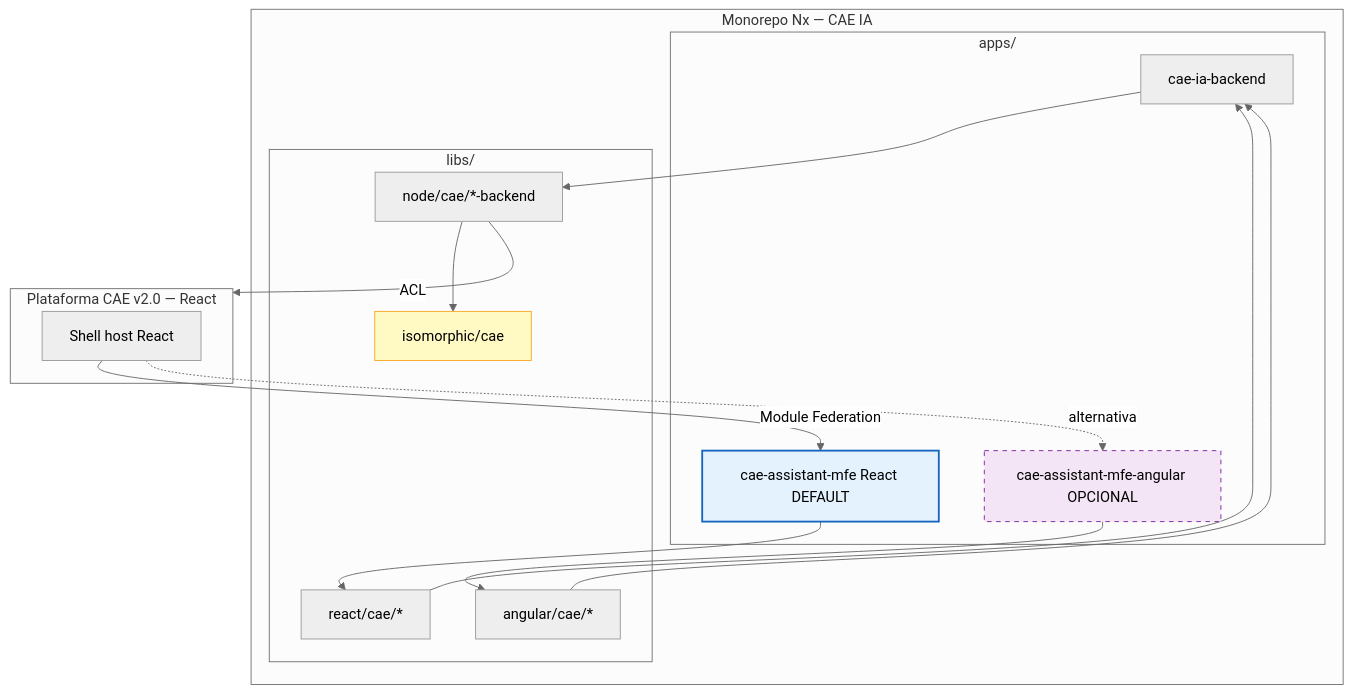
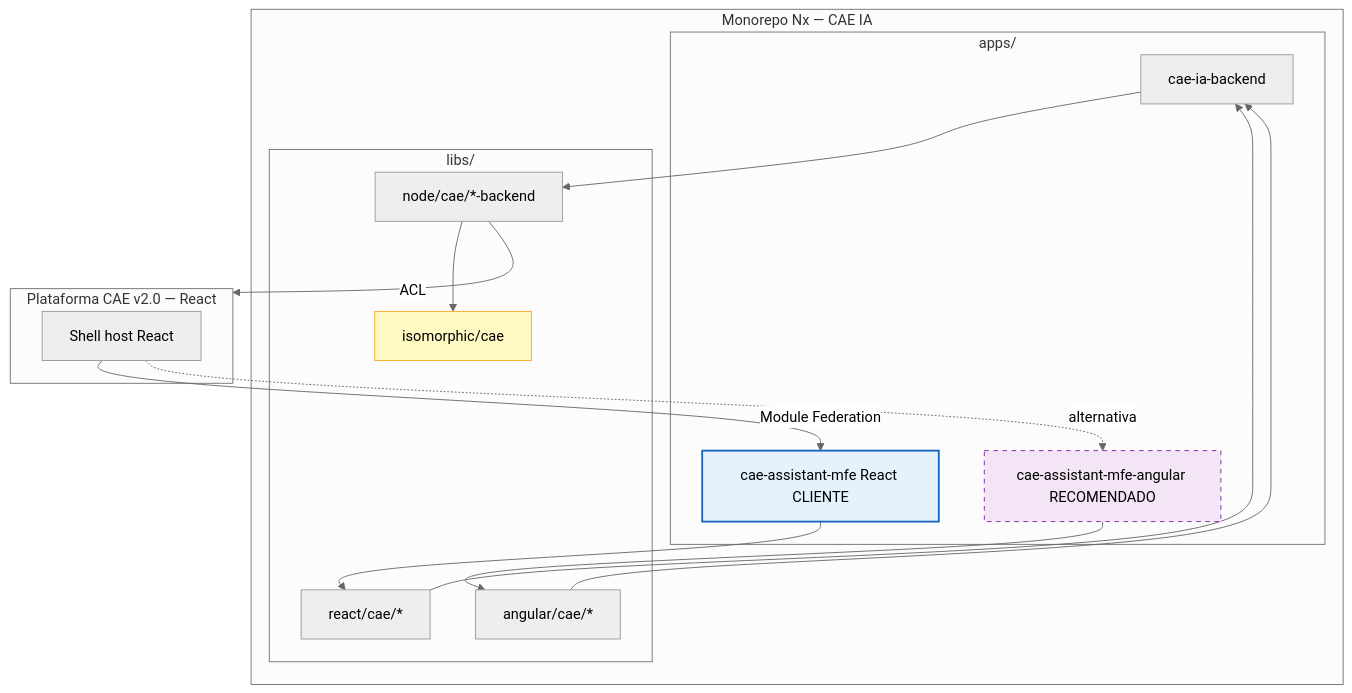
Before and after one commit to angelnietos/erp: the first of 9 diagrams in caedocs/ARQUITECTURA-CAE-IA.md, drawn with Mermaid (neutral theme). The commit also changed other lines of this file and 7 other files, not shown here.

````diff
--- a/caedocs/ARQUITECTURA-CAE-IA.md
+++ b/caedocs/ARQUITECTURA-CAE-IA.md
@@ -59,33 +59,33 @@
 ```mermaid
 flowchart TB
     subgraph WORKSPACE["Monorepo Nx — CAE IA"]
         subgraph APPS["apps/"]
             A2["cae-ia-backend"]
-            A3["cae-assistant-mfe React DEFAULT"]
-            A4["cae-assistant-mfe-angular OPCIONAL"]
+            A3["cae-assistant-mfe React CLIENTE"]
+            A4["cae-assistant-mfe-angular RECOMENDADO"]
         end
         subgraph LIBS["libs/"]
             ISO["isomorphic/cae"]
             NODE["node/cae/*-backend"]
             REACT["react/cae/*"]
             ANG["angular/cae/*"]
         end
     end
 
     subgraph CAE20["Plataforma CAE v2.0 — React"]
         SHELL["Shell host React"]
     end
 
     A2 --> NODE
     A3 --> REACT
     A4 --> ANG
     NODE --> ISO
     REACT & ANG --> A2
     SHELL -->|Module Federation| A3
     SHELL -.->|alternativa| A4
     NODE -->|ACL| CAE20
 
     style A3 fill:#e3f2fd,stroke:#1565c0,stroke-width:2px
     style A4 fill:#f3e5f5,stroke:#7b1fa2,stroke-dasharray:5 5
     style ISO fill:#fff9c4,stroke:#f9a825
 ```
````
